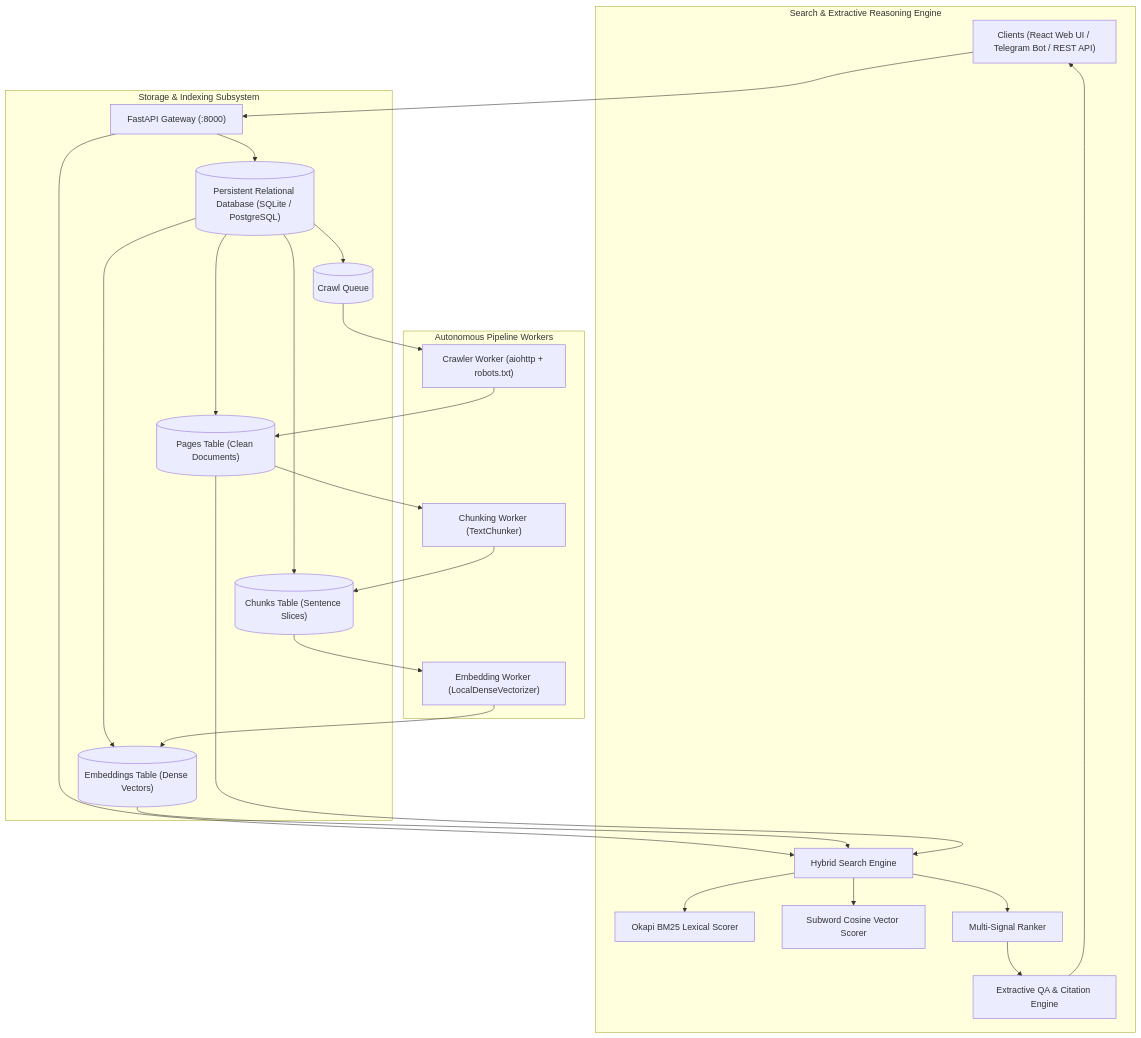
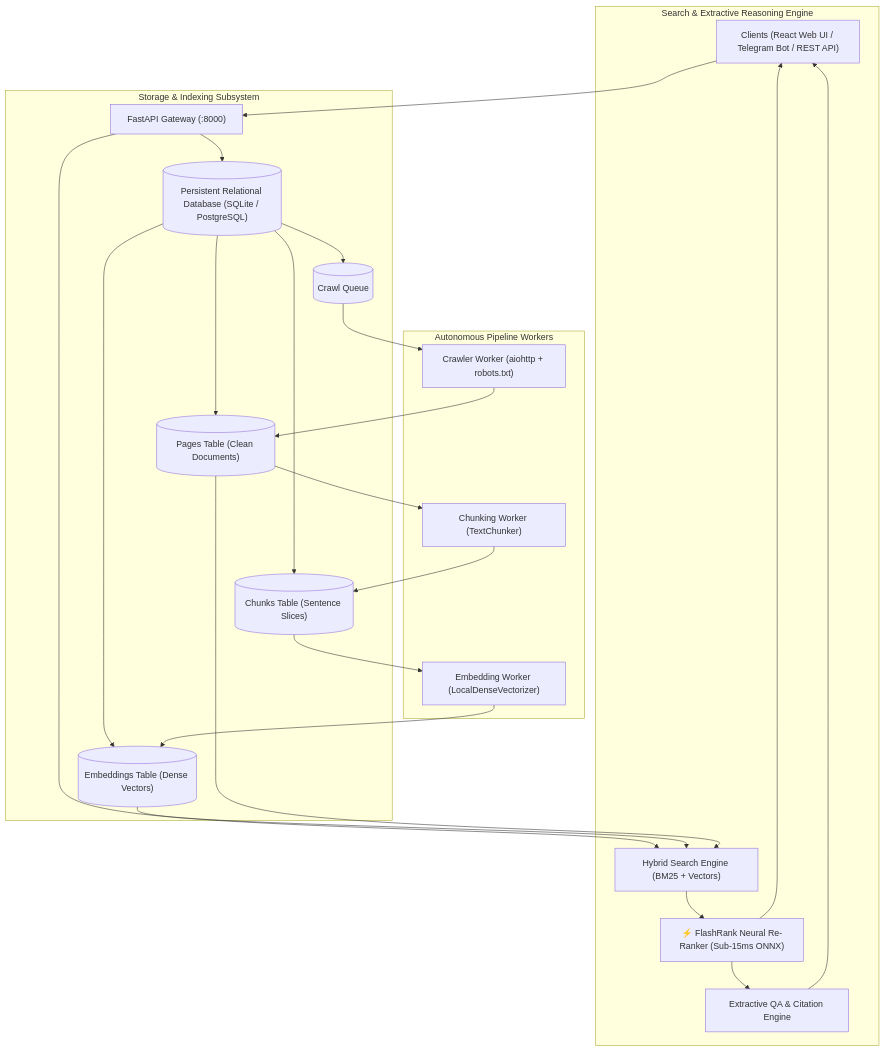
The diagram in ARCHITECTURE.md (SmartGenzAI1/ScrapAI), drawn with Mermaid before and after one commit. The commit also changed other lines of this file and 17 other files, not shown here.

First line of the commit message:
feat(search): upgrade ScrapAI with FlashRank local neural cross-encoder re-ranking

````diff
--- a/ARCHITECTURE.md
+++ b/ARCHITECTURE.md
@@ -11,32 +11,31 @@
 ```mermaid
 flowchart TD
     Client["Clients (React Web UI / Telegram Bot / REST API)"] --> APIServer["FastAPI Gateway (:8000)"]
     
     subgraph "Storage & Indexing Subsystem"
         APIServer --> SQLite[("Persistent Relational Database (SQLite / PostgreSQL)")]
         SQLite --> PagesTable[("Pages Table (Clean Documents)")]
         SQLite --> ChunksTable[("Chunks Table (Sentence Slices)")]
         SQLite --> EmbeddingsTable[("Embeddings Table (Dense Vectors)")]
         SQLite --> QueueTable[("Crawl Queue")]
     end
     
     subgraph "Autonomous Pipeline Workers"
         QueueTable --> CrawlerWorker["Crawler Worker (aiohttp + robots.txt)"]
         CrawlerWorker --> PagesTable
         PagesTable --> ChunkerWorker["Chunking Worker (TextChunker)"]
         ChunkerWorker --> ChunksTable
         ChunksTable --> EmbeddingWorker["Embedding Worker (LocalDenseVectorizer)"]
         EmbeddingWorker --> EmbeddingsTable
     end
 
     subgraph "Search & Extractive Reasoning Engine"
-        APIServer --> HybridSearch["Hybrid Search Engine"]
+        APIServer --> HybridSearch["Hybrid Search Engine (BM25 + Vectors)"]
         EmbeddingsTable --> HybridSearch
         PagesTable --> HybridSearch
-        HybridSearch --> BM25["Okapi BM25 Lexical Scorer"]
-        HybridSearch --> CosineSim["Subword Cosine Vector Scorer"]
-        HybridSearch --> Ranker["Multi-Signal Ranker"]
-        Ranker --> ExtractiveQA["Extractive QA & Citation Engine"]
+        HybridSearch --> FlashRankNode["⚡ FlashRank Neural Re-Ranker (Sub-15ms ONNX)"]
+        FlashRankNode --> ExtractiveQA["Extractive QA & Citation Engine"]
         ExtractiveQA --> Client
+        FlashRankNode --> Client
     end
 ```
````
